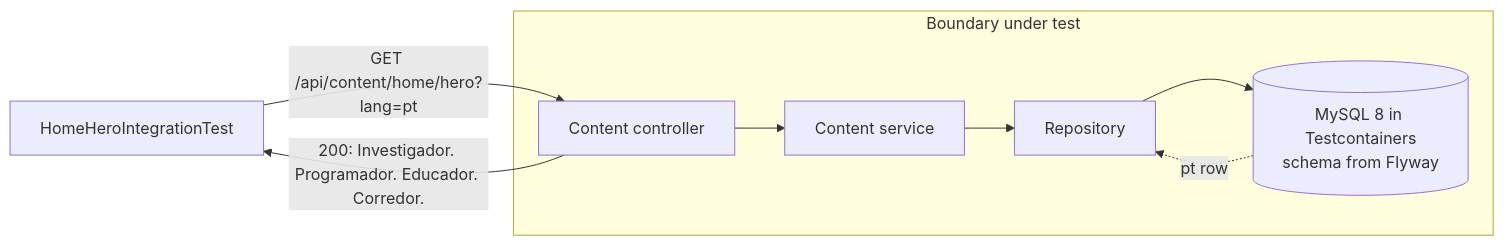
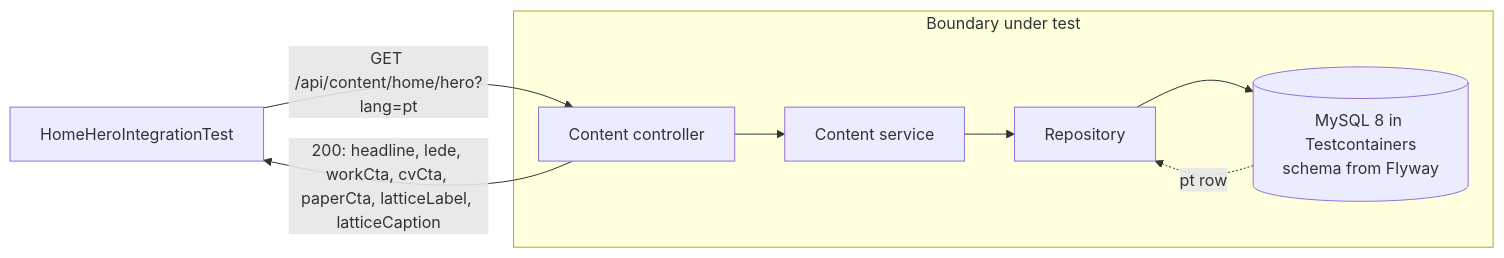
The second of 3 diagrams in docs/examples/home.md (zuacaldeira/zuacaldeira.com), drawn with Mermaid before and after one commit. The commit also changed other lines of this file and 4 other files, not shown here.

````diff
--- a/docs/examples/home.md
+++ b/docs/examples/home.md
@@ -77,10 +85,10 @@
 ```mermaid
 flowchart LR
     T[HomeHeroIntegrationTest] -->|GET /api/content/home/hero?lang=pt| C
     subgraph Boundary under test
         C[Content controller] --> S[Content service] --> R[Repository]
         R --> M[(MySQL 8 in Testcontainers<br/>schema from Flyway)]
     end
     M -.->|pt row| R
-    C -->|200: Investigador. Programador. Educador. Corredor.| T
+    C -->|200: headline, lede, workCta, cvCta, paperCta, latticeLabel, latticeCaption| T
 ```
````
